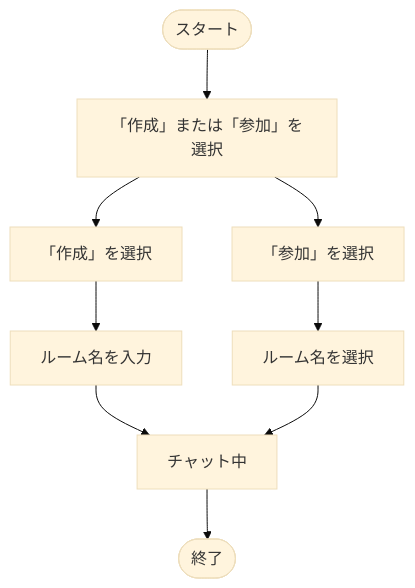
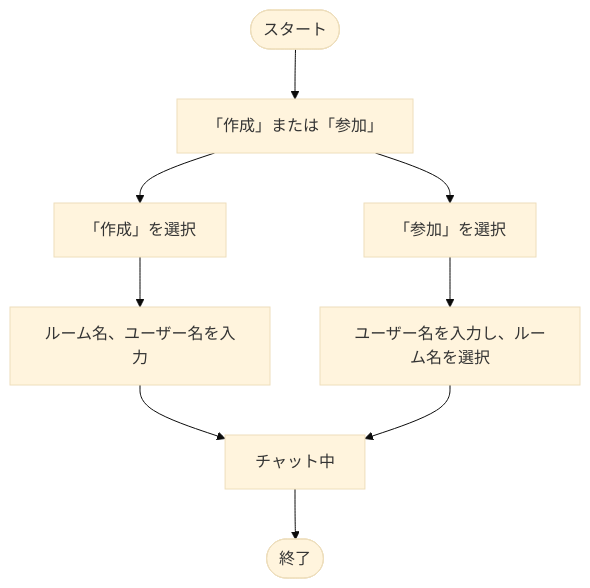
One commit to BackendExplorer/Online-Chat-Service changed the first of 4 diagrams in README.md. Above: the diagram before and after it, drawn with Mermaid (base theme).

````diff
--- a/README.md
+++ b/README.md
@@ -177,20 +177,20 @@
 ```mermaid
 flowchart TD
     Start([スタート])
-    選択[「作成」または「参加」を選択]
+    選択[「作成」または「参加」]
 
     作成1[「作成」を選択]
-    ルーム名入力[ルーム名を入力]
+    ルーム名入力[ルーム名、ユーザー名を入力]
 
     参加2[「参加」を選択]
-    ルーム一覧[ルーム名を選択]
+    ルーム一覧[ユーザー名を入力し、ルーム名を選択]
 
     チャット中[チャット中]
     End([終了])
 
     Start --> 選択
     選択 --> 作成1 --> ルーム名入力 --> チャット中
     選択 --> 参加2 --> ルーム一覧 --> チャット中
     チャット中 --> End
 
 ```
````
